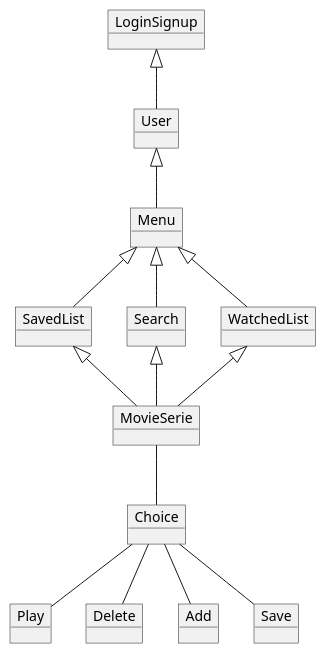
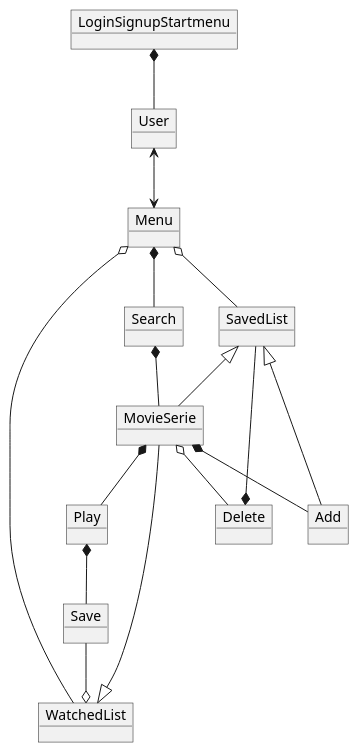
The diagram in Doc/Static/Domain model.puml (mrPrimeBeef/Sem1-Project-MovieStream), drawn with PlantUML before and after one commit. The commit also changed 3 other files, not shown here.

```diff
--- a/Doc/Static/Domain model.puml
+++ b/Doc/Static/Domain model.puml
@@ -1,53 +1,55 @@
 @startuml
 'https://plantuml.com/object-diagram
 
-object LoginSignup
+object LoginSignupStartmenu
 object Menu
 object User
 object MovieSerie
 object SavedList
 object Search
 object WatchedList
 object Play
 object Delete
 object Add
-object Choice
 object Save
 
-LoginSignup <|-- User
+LoginSignupStartmenu *-- User
 
-User <|-- Menu
+User <--> Menu
 'Search <|-- Menu
 
-Menu <|-- SavedList
-Menu <|-- WatchedList
-Menu <|-- Search
+Menu o-- SavedList
+Menu o-- WatchedList
+Menu *-- Search
 
 'Saved <|- MovieSerie
 
 'Watched <|- MovieSerie
 
 'Delete' <|- MovieSerie
 
-MovieSerie -- Choice
-Search <|-- MovieSerie
+Search *-- MovieSerie
 WatchedList <|-- MovieSerie
 SavedList <|-- MovieSerie
 
-Choice-- Play
-Choice -- Save
-Choice-- Delete
-Choice -- Add
+MovieSerie *-- Play
+Play *-- Save
+MovieSerie o-- Delete
+MovieSerie *-- Add
+
+Add --|> SavedList
+Save --o WatchedList
+
+
+SavedList --* Delete
 
 'Play-- WatchedList
 'Play *-- SavedList
 
 'Menu <|-- Saved
 'Menu <|-- Watched
 'Menu <|-- Delete
 'Menu <|-- Search
 
 
-
-
 @enduml
```
